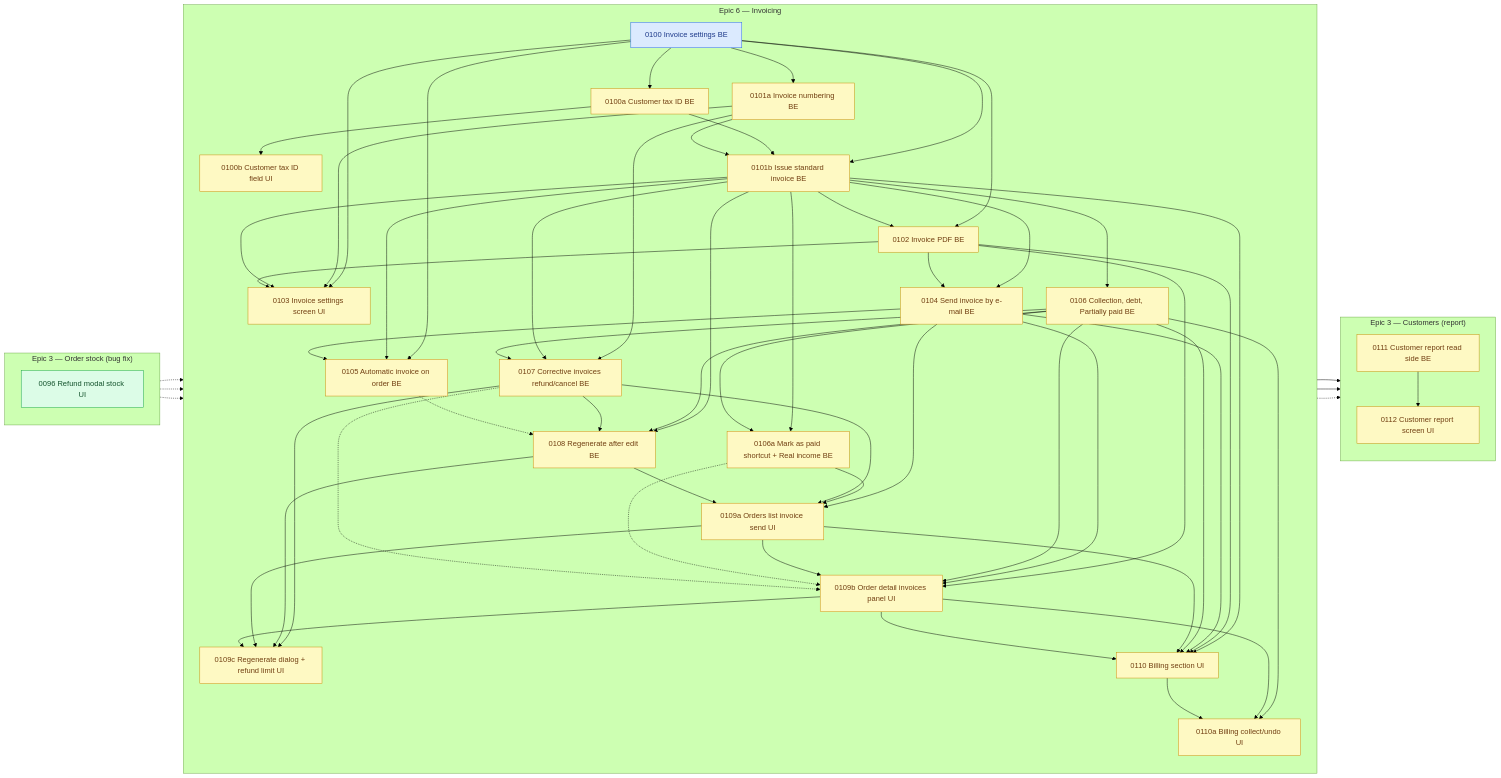
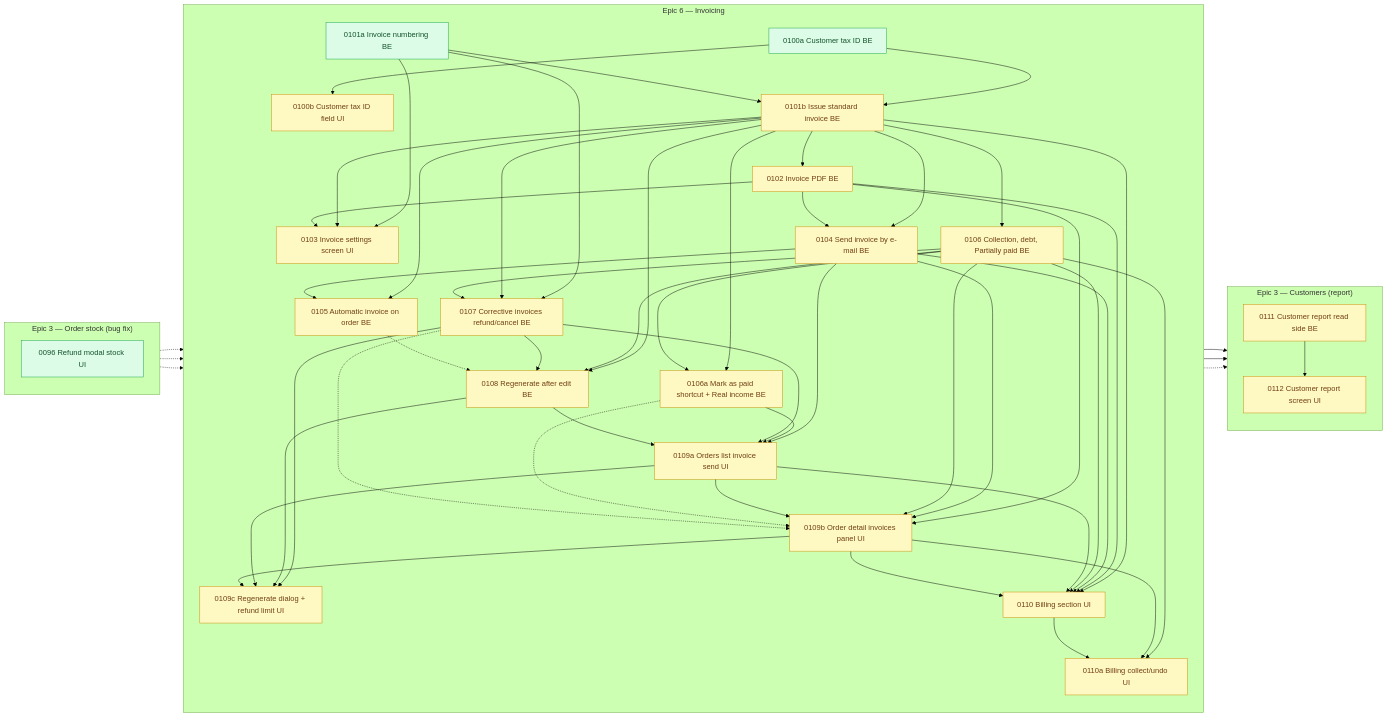
One commit to shojen/AI4Devs-finalproject changed the diagram in arospe/ai-spec/tasks-map.md. Above: the diagram before and after it, drawn with Mermaid (forest theme). The commit also changed other lines of this file and 8 other files, not shown here.

````diff
--- a/arospe/ai-spec/tasks-map.md
+++ b/arospe/ai-spec/tasks-map.md
@@ -750,7 +750,6 @@
     %% (P0071 --> P0073/P0075/P0079 dropped: 0071 closed to done/ 2026-10-07.)
     subgraph PEND_INVOICING["Epic 6 — Invoicing"]
         direction TB
-        P0100["0100 Invoice settings BE"]
         P0100a["0100a Customer tax ID BE"]
         P0100b["0100b Customer tax ID field UI"]
         P0101a["0101a Invoice numbering BE"]
@@ -775,21 +774,15 @@
         P0112["0112 Customer report screen UI"]
     end
     %% Edges quoted from each task file (2026-11-15). Solid = hard dependency.
-    P0100 --> P0100a
     P0100a --> P0100b
-    P0100 --> P0101a
-    P0100 --> P0101b
     P0100a --> P0101b
     P0101a --> P0101b
-    P0100 --> P0102
     P0101b --> P0102
-    P0100 --> P0103
     P0101a --> P0103
     P0101b --> P0103
     P0102 --> P0103
     P0101b --> P0104
     P0102 --> P0104
-    P0100 --> P0105
     P0101b --> P0105
     P0104 --> P0105
     P0101b --> P0106
@@ -834,6 +827,6 @@
     P0096 -.-> P0106a
     P0096 -.-> P0109b
     P0096 -.-> P0109c
-    class P0100 claimed;
-    class P0100a,P0100b,P0101a,P0101b,P0102,P0103,P0104,P0105,P0106,P0106a,P0107,P0108,P0109a,P0109b,P0109c,P0110,P0110a,P0111,P0112 pending;
+    class P0100a,P0101a ready;
+    class P0100b,P0101b,P0102,P0103,P0104,P0105,P0106,P0106a,P0107,P0108,P0109a,P0109b,P0109c,P0110,P0110a,P0111,P0112 pending;
 ```
````
